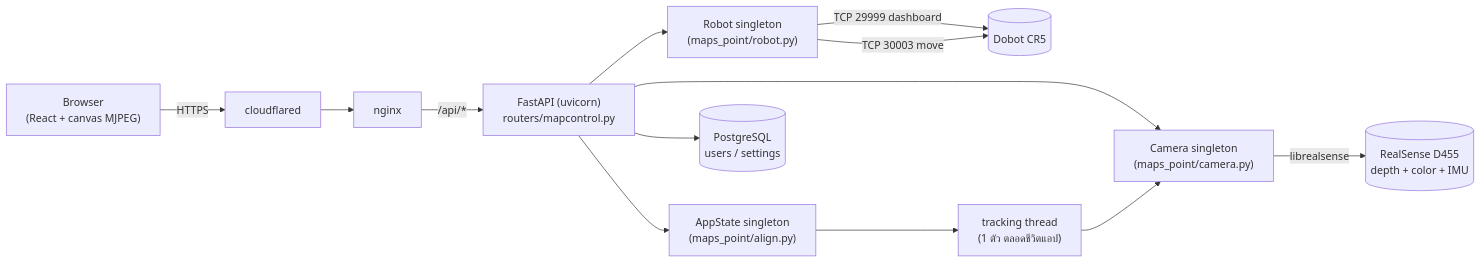
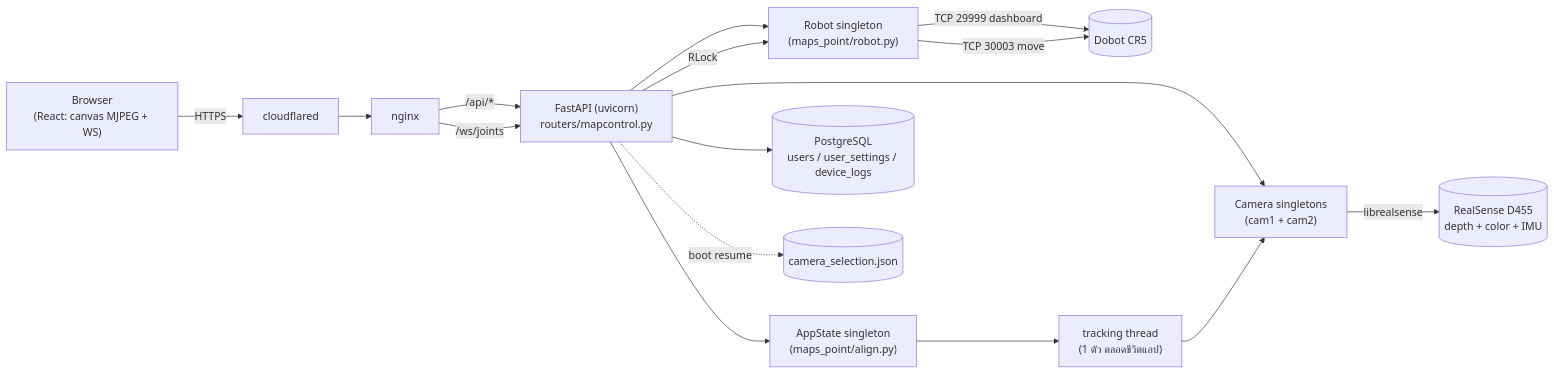
One commit to RobotGuiding101/web_robot changed the first of 2 diagrams in BACKEND_CAMERA_DOBOT.md. Above: the diagram before and after it, drawn with Mermaid. The commit also changed other lines of this file and 7 other files, not shown here.

````diff
--- a/BACKEND_CAMERA_DOBOT.md
+++ b/BACKEND_CAMERA_DOBOT.md
@@ -11,15 +20,18 @@
 ```mermaid
 graph LR
-    B["Browser<br/>(React + canvas MJPEG)"] -->|HTTPS| CF[cloudflared]
+    B["Browser<br/>(React: canvas MJPEG + WS)"] -->|HTTPS| CF[cloudflared]
     CF --> NG[nginx]
     NG -->|/api/*| API["FastAPI (uvicorn)<br/>routers/mapcontrol.py"]
-    API --> CAM["Camera singleton<br/>(maps_point/camera.py)"]
+    NG -->|/ws/joints| API
+    API --> CAM["Camera singletons<br/>(cam1 + cam2)"]
     API --> ROB["Robot singleton<br/>(maps_point/robot.py)"]
     API --> ST["AppState singleton<br/>(maps_point/align.py)"]
     CAM -->|librealsense| RS[(RealSense D455<br/>depth + color + IMU)]
     ROB -->|TCP 29999 dashboard| DOB[(Dobot CR5)]
     ROB -->|TCP 30003 move| DOB
     ST --> TRK["tracking thread<br/>(1 ตัว ตลอดชีวิตแอป)"]
     TRK --> CAM
-    API --> PG[(PostgreSQL<br/>users / settings)]
+    API -->|RLock| ROB
+    API --> PG[(PostgreSQL<br/>users / user_settings / device_logs)]
+    API -.boot resume.-> SEL[(camera_selection.json)]
 ```
````
